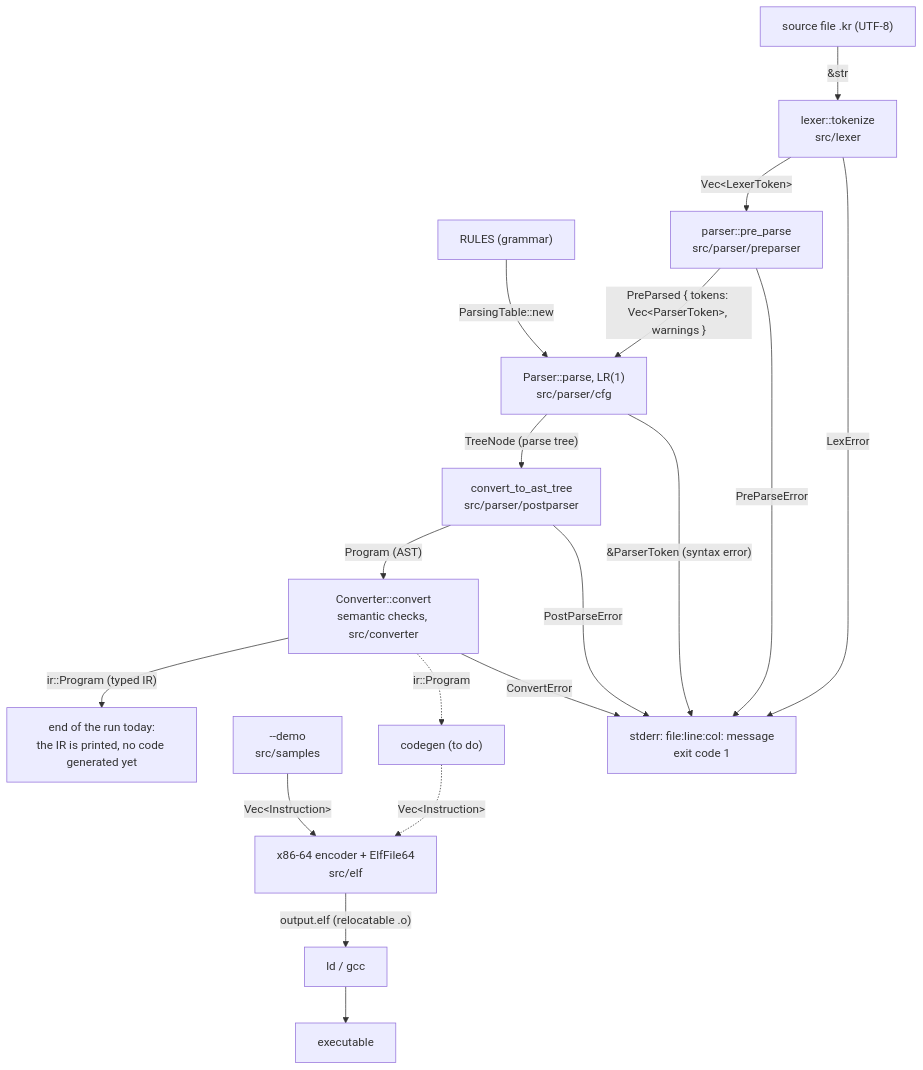
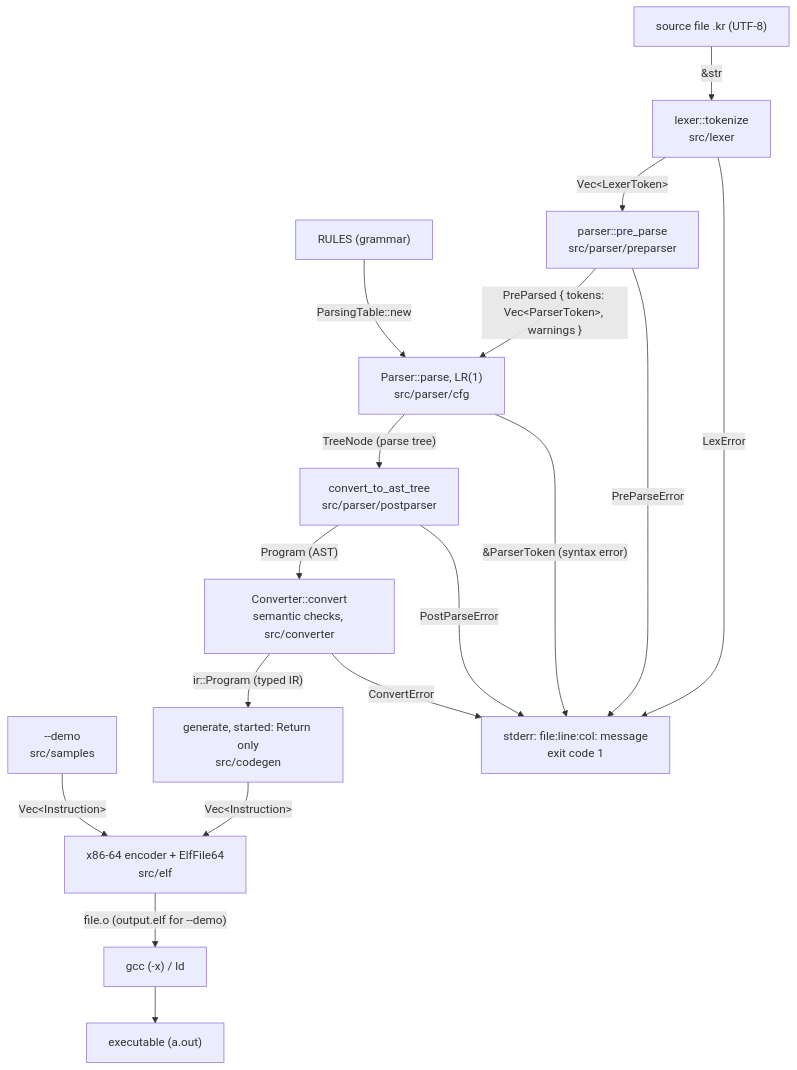
Before and after one commit to Solype/CompilerRust: the diagram in README.md, drawn with Mermaid. The commit also changed other lines of this file and 3 other files, not shown here.

````diff
--- a/README.md
+++ b/README.md
@@ -39,22 +38,20 @@
 ```mermaid
 flowchart TD
     SRC["source file .kr (UTF-8)"] -->|"#amp;str"| LEX["lexer::tokenize<br/>src/lexer"]
     LEX -->|"Vec#lt;LexerToken#gt;"| PRE["parser::pre_parse<br/>src/parser/preparser"]
     PRE -->|"PreParsed { tokens: Vec#lt;ParserToken#gt;, warnings }"| PAR["Parser::parse, LR(1)<br/>src/parser/cfg"]
     RULES["RULES (grammar)"] -->|"ParsingTable::new"| PAR
     PAR -->|"TreeNode (parse tree)"| POST["convert_to_ast_tree<br/>src/parser/postparser"]
     POST -->|"Program (AST)"| CONV["Converter::convert<br/>semantic checks, src/converter"]
-    CONV -->|"ir::Program (typed IR)"| STOP["end of the run today:<br/>the IR is printed, no code generated yet"]
-
-    CONV -.->|"ir::Program"| GEN["codegen (to do)"]
-    GEN -.->|"Vec#lt;Instruction#gt;"| ELF["x86-64 encoder + ElfFile64<br/>src/elf"]
+    CONV -->|"ir::Program (typed IR)"| GEN["generate, started: Return only<br/>src/codegen"]
+    GEN -->|"Vec#lt;Instruction#gt;"| ELF["x86-64 encoder + ElfFile64<br/>src/elf"]
     DEMO["--demo<br/>src/samples"] -->|"Vec#lt;Instruction#gt;"| ELF
-    ELF -->|"output.elf (relocatable .o)"| LD["ld / gcc"]
-    LD --> BIN["executable"]
+    ELF -->|"file.o (output.elf for --demo)"| LD["gcc (-x) / ld"]
+    LD --> BIN["executable (a.out)"]
 
     LEX -->|"LexError"| ERR["stderr: file:line:col: message<br/>exit code 1"]
     PRE -->|"PreParseError"| ERR
     PAR -->|"#amp;ParserToken (syntax error)"| ERR
     POST -->|"PostParseError"| ERR
     CONV -->|"ConvertError"| ERR
 ```
````
